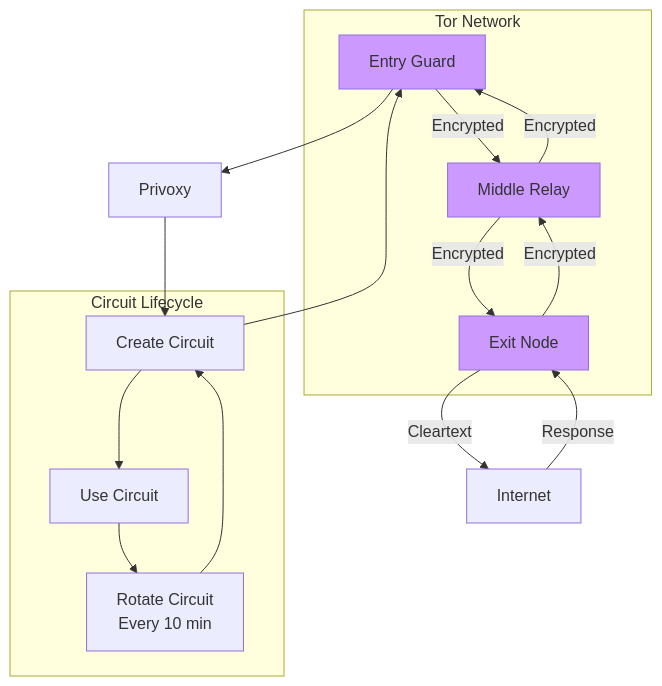
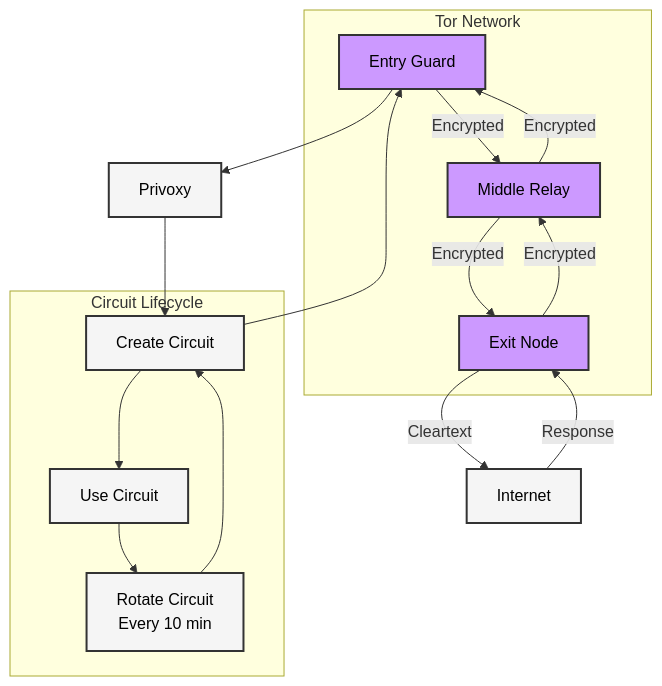
Before and after one commit to levonk/infrahub: the diagram in shared/active/03-container/internal-docs/diagrams/proxy/tor-circuit-management.mmd, drawn with Mermaid. The commit also changed 93 other files, not shown here.

```diff
--- a/shared/active/03-container/internal-docs/diagrams/proxy/tor-circuit-management.mmd
+++ b/shared/active/03-container/internal-docs/diagrams/proxy/tor-circuit-management.mmd
@@ -1,31 +1,32 @@
 graph TB
+    classDef default fill:#f5f5f5,stroke:#333,stroke-width:2px,color:#000000
     subgraph "Tor Network"
         Entry[Entry Guard]
         Middle[Middle Relay]
         Exit[Exit Node]
     end
     
     subgraph "Circuit Lifecycle"
         Create[Create Circuit]
         Use[Use Circuit]
         Rotate[Rotate Circuit<br/>Every 10 min]
     end
     
     Client[Privoxy] --> Create
     Create --> Entry
     Entry -->|Encrypted| Middle
     Middle -->|Encrypted| Exit
     Exit -->|Cleartext| Internet[Internet]
     
     Create --> Use
     Use --> Rotate
     Rotate --> Create
     
     Internet -->|Response| Exit
     Exit -->|Encrypted| Middle
     Middle -->|Encrypted| Entry
     Entry --> Client
     
-    style Entry fill:#cc99ff
-    style Middle fill:#cc99ff
-    style Exit fill:#cc99ff
+    style Entry fill:#cc99ff,stroke:#333,stroke-width:2px,color:#000000
+    style Middle fill:#cc99ff,stroke:#333,stroke-width:2px,color:#000000
+    style Exit fill:#cc99ff,stroke:#333,stroke-width:2px,color:#000000
```
